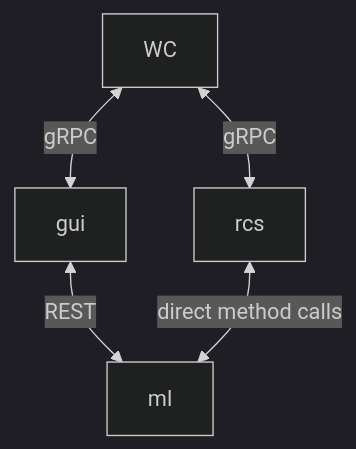
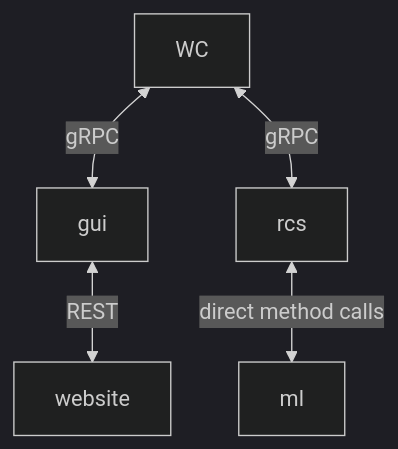
One commit to BjoernFuertges/Study_Project_Robot_Control changed the diagram in README.md. Above: the diagram before and after it, drawn with Mermaid (dark theme).

Commit message:
Readme: fixed that e is a own node (architecture)

````diff
--- a/README.md
+++ b/README.md
@@ -4,7 +4,7 @@
 ```mermaid
 graph TD;
     A[WC]<--> |gRPC| B[gui];
     A <--> |gRPC| C[rcs];
     B <--> |REST| D[website];
-    C <--> |direct method calls| D[ml];
+    C <--> |direct method calls| E[ml];
 ```
````
